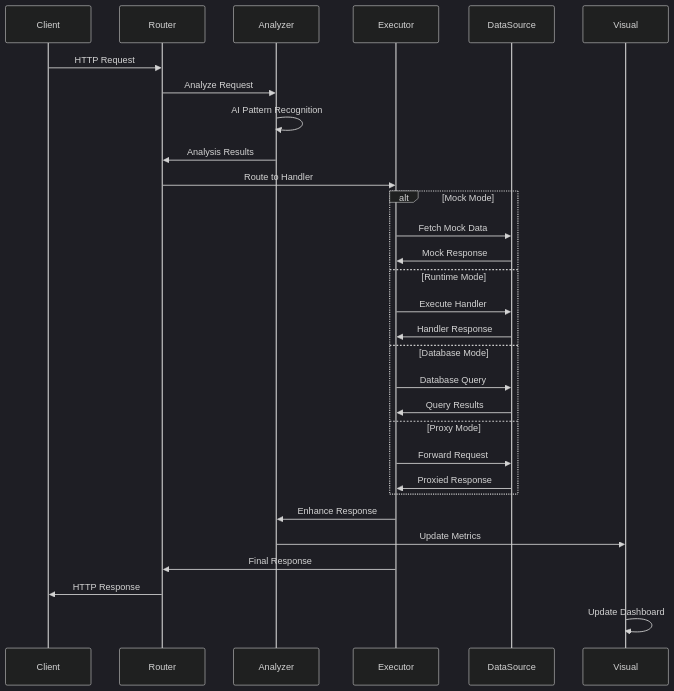
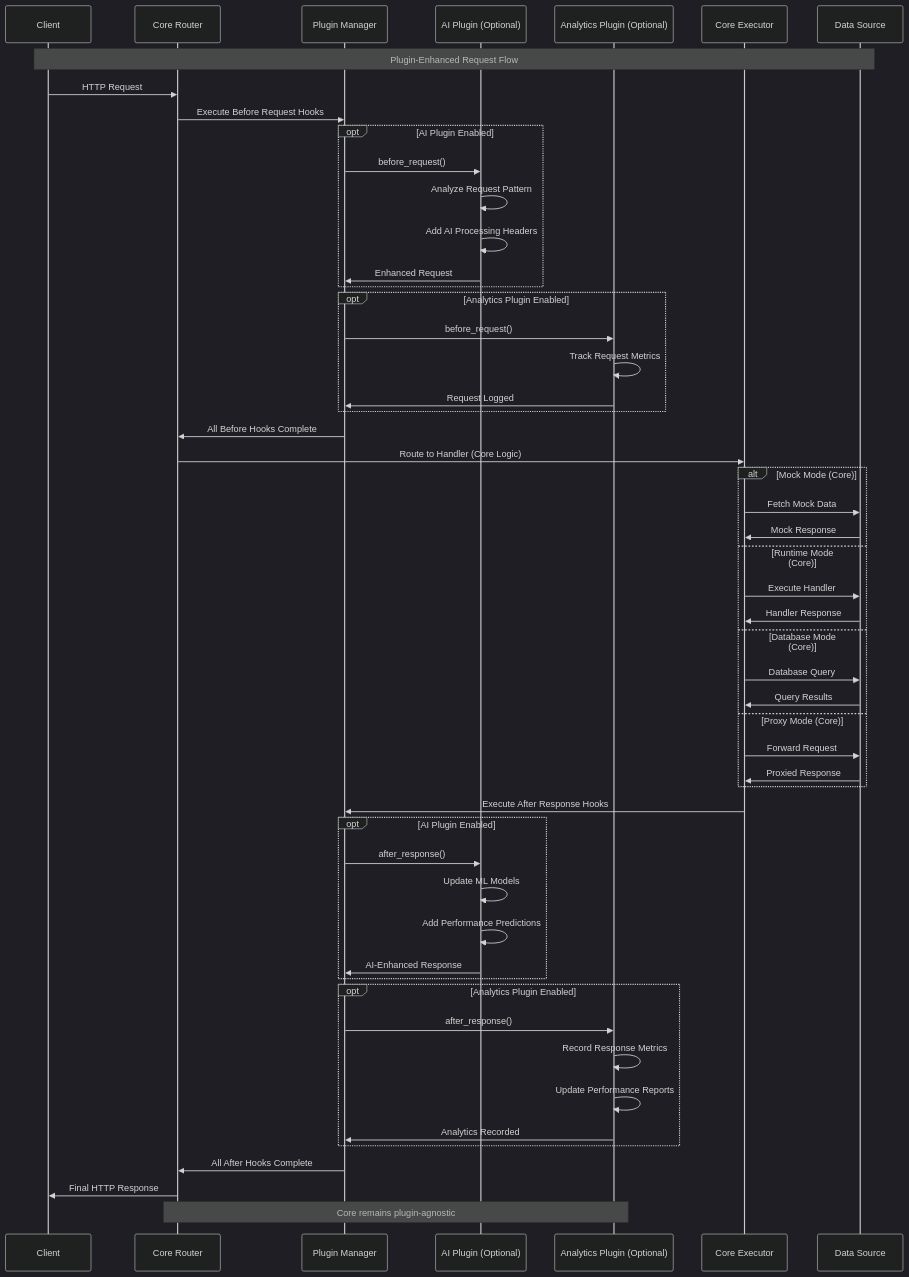
One commit to backworks/backworks changed the second of 3 diagrams in docs/architecture.md. Above: the diagram before and after it, drawn with Mermaid (dark theme). The commit also changed other lines of this file and 17 other files, not shown here.

First line of the commit message:
feat: Implement plugin architecture with resilience and monitoring

````diff
--- a/docs/architecture.md
+++ b/docs/architecture.md
@@ -154,37 +243,66 @@
 ```mermaid
 sequenceDiagram
     participant Client
-    participant Router
-    participant Analyzer
-    participant Executor
-    participant DataSource
-    participant Visual
+    participant Router as Core Router
+    participant PluginMgr as Plugin Manager
+    participant AIPlugin as AI Plugin (Optional)
+    participant Analytics as Analytics Plugin (Optional)
+    participant Executor as Core Executor
+    participant DataSource as Data Source
+    
+    Note over Client,DataSource: Plugin-Enhanced Request Flow
     
     Client->>Router: HTTP Request
-    Router->>Analyzer: Analyze Request
-    Analyzer->>Analyzer: AI Pattern Recognition
-    Analyzer->>Router: Analysis Results
+    Router->>PluginMgr: Execute Before Request Hooks
     
-    Router->>Executor: Route to Handler
+    opt AI Plugin Enabled
+        PluginMgr->>AIPlugin: before_request()
+        AIPlugin->>AIPlugin: Analyze Request Pattern
+        AIPlugin->>AIPlugin: Add AI Processing Headers
+        AIPlugin->>PluginMgr: Enhanced Request
+    end
     
-    alt Mock Mode
+    opt Analytics Plugin Enabled
+        PluginMgr->>Analytics: before_request()
+        Analytics->>Analytics: Track Request Metrics
+        Analytics->>PluginMgr: Request Logged
+    end
+    
+    PluginMgr->>Router: All Before Hooks Complete
+    Router->>Executor: Route to Handler (Core Logic)
+    
+    alt Mock Mode (Core)
         Executor->>DataSource: Fetch Mock Data
         DataSource->>Executor: Mock Response
-    else Runtime Mode
+    else Runtime Mode (Core)
         Executor->>DataSource: Execute Handler
         DataSource->>Executor: Handler Response
-    else Database Mode
+    else Database Mode (Core)
         Executor->>DataSource: Database Query
         DataSource->>Executor: Query Results
-    else Proxy Mode
+    else Proxy Mode (Core)
         Executor->>DataSource: Forward Request
         DataSource->>Executor: Proxied Response
     end
     
-    Executor->>Analyzer: Enhance Response
-    Analyzer->>Visual: Update Metrics
-    Executor->>Router: Final Response
-    Router->>Client: HTTP Response
+    Executor->>PluginMgr: Execute After Response Hooks
     
-    Visual->>Visual: Update Dashboard
+    opt AI Plugin Enabled
+        PluginMgr->>AIPlugin: after_response()
+        AIPlugin->>AIPlugin: Update ML Models
+        AIPlugin->>AIPlugin: Add Performance Predictions
+        AIPlugin->>PluginMgr: AI-Enhanced Response
+    end
+    
+    opt Analytics Plugin Enabled
+        PluginMgr->>Analytics: after_response()
+        Analytics->>Analytics: Record Response Metrics
+        Analytics->>Analytics: Update Performance Reports
+        Analytics->>PluginMgr: Analytics Recorded
+    end
+    
+    PluginMgr->>Router: All After Hooks Complete
+    Router->>Client: Final HTTP Response
+    
+    Note over Router,Analytics: Core remains plugin-agnostic
 ```
````
